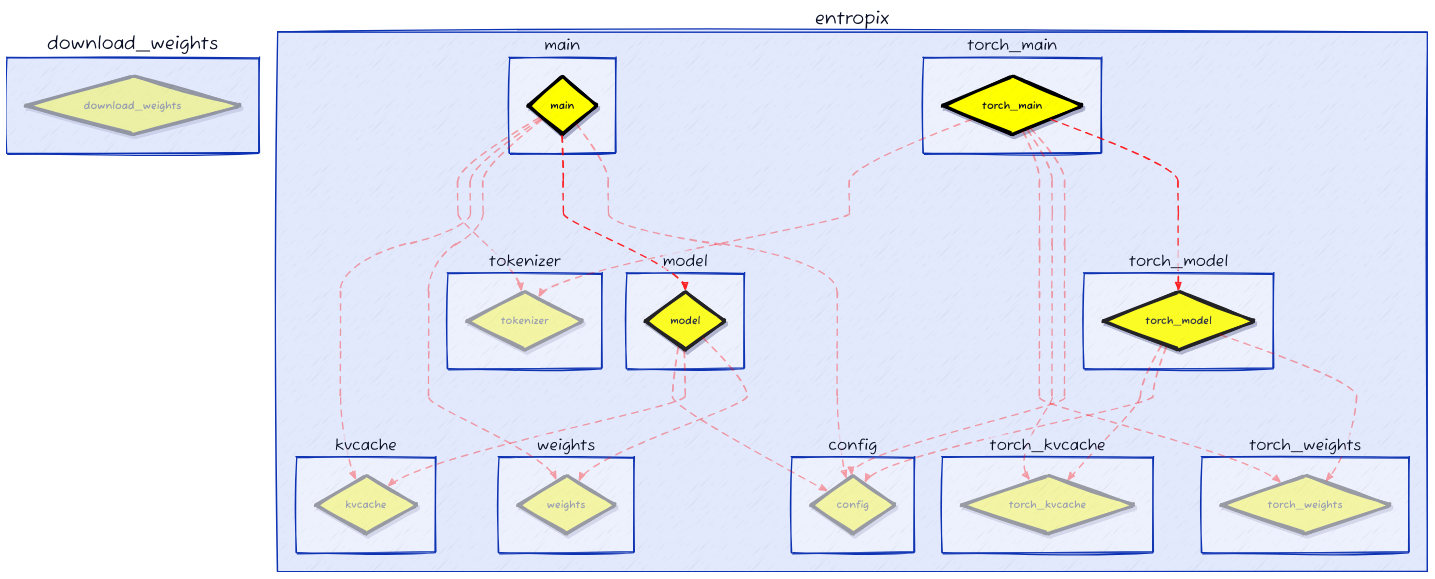
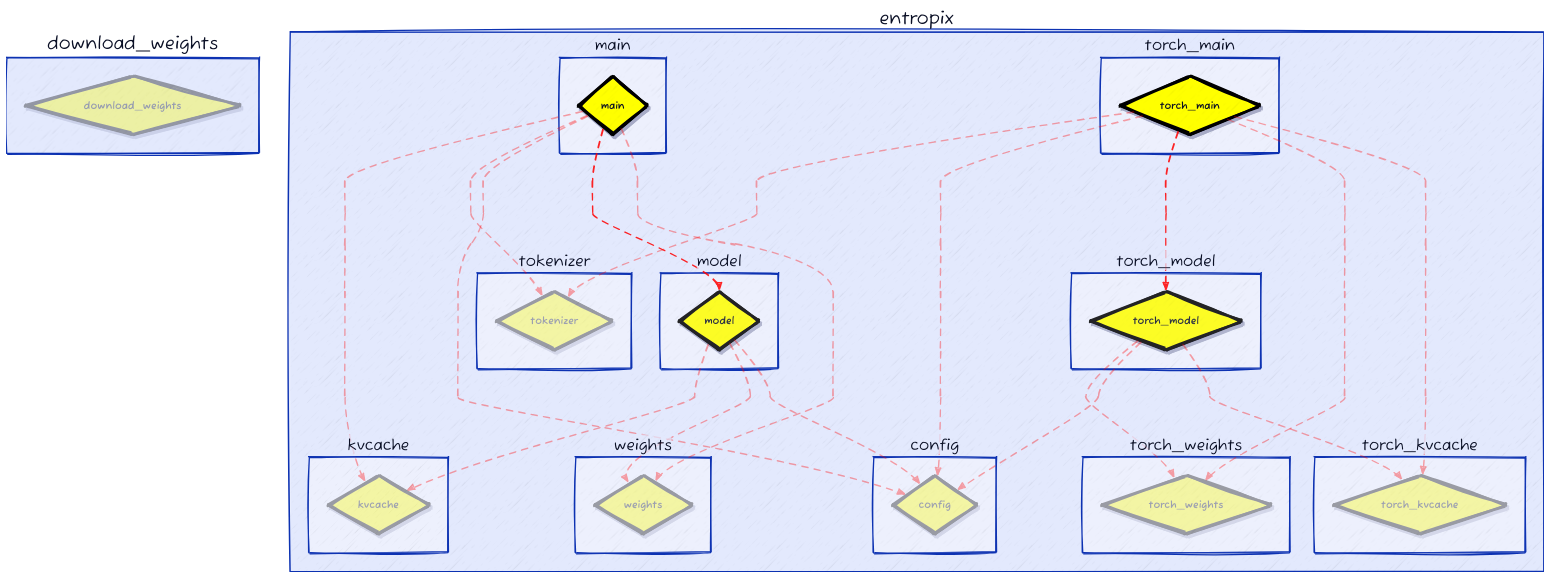
One commit to fangyuan-ksgk/heuristic-search changed the diagram in eoh/d2_output/commit_3_progress_0.56.d2. Above: the diagram before and after it, drawn with D2. The commit also changed other lines of this file and 204 other files, not shown here.

```diff
--- a/eoh/d2_output/commit_3_progress_0.56.d2
+++ b/eoh/d2_output/commit_3_progress_0.56.d2
@@ -145,20 +145,6 @@
     shadow: true
   }
 }
-entropix.main.main -> entropix.tokenizer.tokenizer: {
-  style.stroke: red
-  style.opacity: 0.35
-  style.stroke-width: 2
-  style.stroke-dash: 5
-  style.animated: true
-}
-entropix.main.main -> entropix.kvcache.kvcache: {
-  style.stroke: red
-  style.opacity: 0.35
-  style.stroke-width: 2
-  style.stroke-dash: 5
-  style.animated: true
-}
 entropix.main.main -> entropix.weights.weights: {
   style.stroke: red
   style.opacity: 0.35
@@ -180,7 +166,28 @@
   style.stroke-dash: 5
   style.animated: true
 }
+entropix.main.main -> entropix.tokenizer.tokenizer: {
+  style.stroke: red
+  style.opacity: 0.35
+  style.stroke-width: 2
+  style.stroke-dash: 5
+  style.animated: true
+}
+entropix.main.main -> entropix.kvcache.kvcache: {
+  style.stroke: red
+  style.opacity: 0.35
+  style.stroke-width: 2
+  style.stroke-dash: 5
+  style.animated: true
+}
 entropix.model.model -> entropix.config.config: {
+  style.stroke: red
+  style.opacity: 0.35
+  style.stroke-width: 2
+  style.stroke-dash: 5
+  style.animated: true
+}
+entropix.model.model -> entropix.weights.weights: {
   style.stroke: red
   style.opacity: 0.35
   style.stroke-width: 2
@@ -194,14 +201,7 @@
   style.stroke-dash: 5
   style.animated: true
 }
-entropix.model.model -> entropix.weights.weights: {
-  style.stroke: red
-  style.opacity: 0.35
-  style.stroke-width: 2
-  style.stroke-dash: 5
-  style.animated: true
-}
-entropix.torch_main.torch_main -> entropix.tokenizer.tokenizer: {
+entropix.torch_main.torch_main -> entropix.torch_kvcache.torch_kvcache: {
   style.stroke: red
   style.opacity: 0.35
   style.stroke-width: 2
@@ -215,9 +215,9 @@
   style.stroke-dash: 5
   style.animated: true
 }
-entropix.torch_main.torch_main -> entropix.torch_kvcache.torch_kvcache: {
+entropix.torch_main.torch_main -> entropix.torch_model.torch_model: {
   style.stroke: red
-  style.opacity: 0.35
+  style.opacity: 0.85
   style.stroke-width: 2
   style.stroke-dash: 5
   style.animated: true
@@ -229,9 +229,9 @@
   style.stroke-dash: 5
   style.animated: true
 }
-entropix.torch_main.torch_main -> entropix.torch_model.torch_model: {
+entropix.torch_main.torch_main -> entropix.tokenizer.tokenizer: {
   style.stroke: red
-  style.opacity: 0.85
+  style.opacity: 0.35
   style.stroke-width: 2
   style.stroke-dash: 5
   style.animated: true
```
